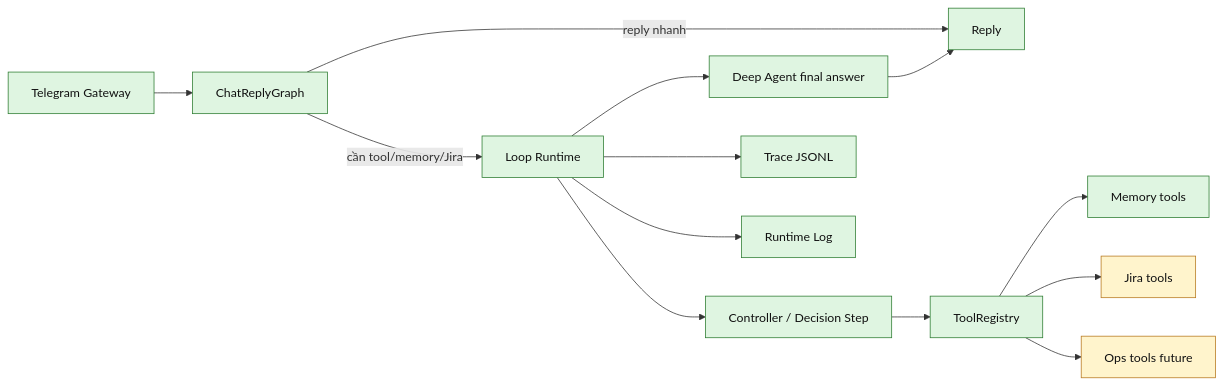
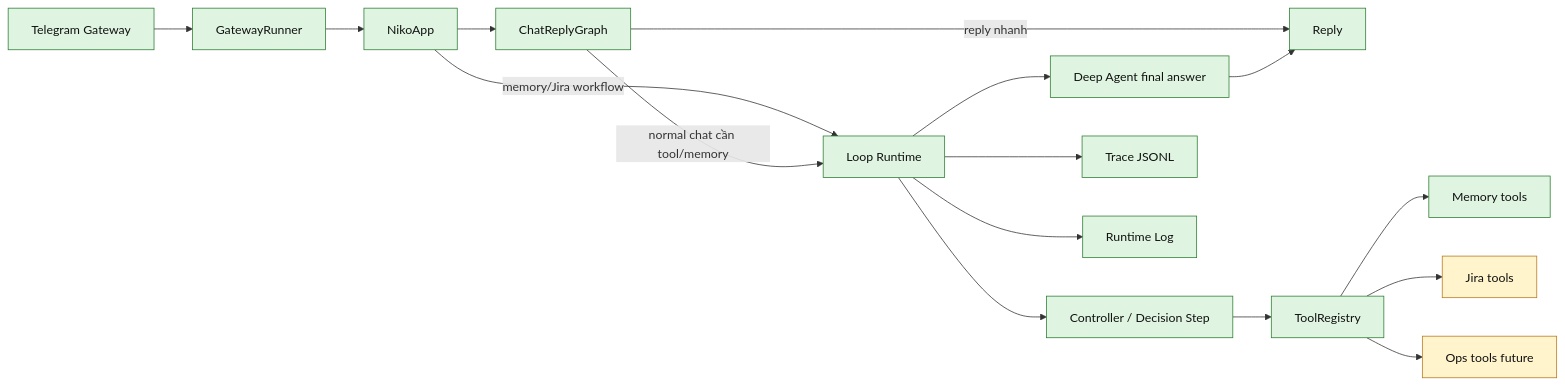
The diagram in docs/loop/architecture.md (LuongAnh1/Niko_Agent), drawn with Mermaid before and after one commit. The commit also changed other lines of this file and 19 other files, not shown here.

Commit message:
feat: surface app workflow selection in ops

````diff
--- a/docs/loop/architecture.md
+++ b/docs/loop/architecture.md
@@ -44,22 +44,25 @@
 ```mermaid
 flowchart LR
-    Gateway[Telegram Gateway] --> Graph[ChatReplyGraph]
+    Gateway[Telegram Gateway] --> Runner[GatewayRunner]
+    Runner --> App[NikoApp]
+    App --> Graph[ChatReplyGraph]
     Graph -->|reply nhanh| Reply[Reply]
-    Graph -->|cần tool/memory/Jira| Loop[Loop Runtime]
+    App -->|memory/Jira workflow| Loop[Loop Runtime]
+    Graph -->|normal chat cần tool/memory| Loop
     Loop --> Controller[Controller / Decision Step]
     Controller --> Registry[ToolRegistry]
     Registry --> MemoryTools[Memory tools]
     Registry --> JiraTools[Jira tools]
     Registry --> OpsTools[Ops tools future]
     Loop --> Deep[Deep Agent final answer]
     Deep --> Reply
 
     Loop --> Trace[Trace JSONL]
     Loop --> RuntimeLog[Runtime Log]
 
     classDef done fill:#dff5e1,stroke:#2e7d32,color:#111;
     classDef planned fill:#fff4cc,stroke:#b7791f,color:#111;
 
-    class Gateway,Graph,Reply,Deep,Trace,RuntimeLog,Loop,Controller,Registry,MemoryTools done;
+    class Gateway,Runner,App,Graph,Reply,Deep,Trace,RuntimeLog,Loop,Controller,Registry,MemoryTools done;
     class JiraTools,OpsTools planned;
 ```
````
